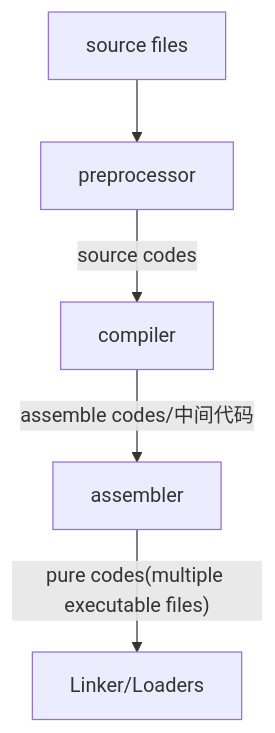
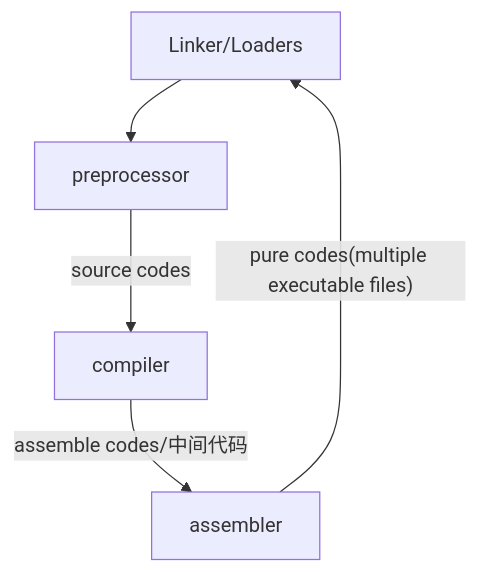
The diagram in 编译原理学习笔记.md (DCMMC/Notes), drawn with Mermaid before and after one commit.

Commit message:
修改文件: 编译原理学习笔记.md

````diff
--- a/编译原理学习笔记.md
+++ b/编译原理学习笔记.md
@@ -41,7 +41,7 @@
 ```mermaid!
 graph TD;
 	id[source files] --> preprocessor;
 	preprocessor-- source codes -->compiler;
 	compiler-- assemble codes/中间代码 -->assembler;
-	assembler-- pure codes(multiple executable files) -->Linker/Loaders;
+	assembler-- pure codes(multiple executable files) -->id[Linker/Loaders];
 ```
````
